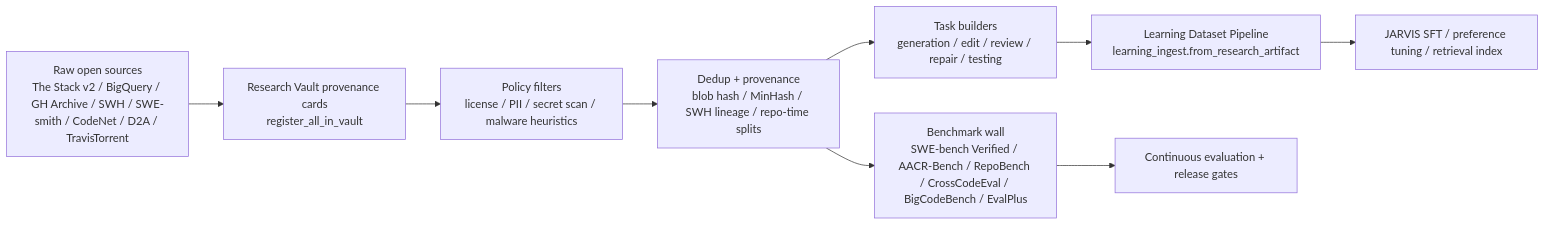
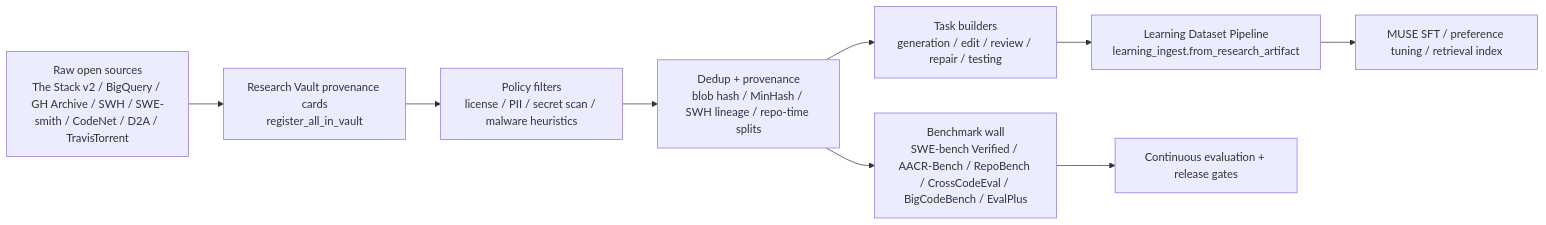
One commit to A-C-I-SOFTWARE-AND-DEVELOPMENT/M.U.S.E changed the first of 2 diagrams in docs/ai-intelligence/top-open-data-sources-for-training.md. Above: the diagram before and after it, drawn with Mermaid. The commit also changed other lines of this file and 271 other files, not shown here.

````diff
--- a/docs/ai-intelligence/top-open-data-sources-for-training.md
+++ b/docs/ai-intelligence/top-open-data-sources-for-training.md
@@ -106,11 +106,11 @@
 ```mermaid
 flowchart LR
     A[Raw open sources<br/>The Stack v2 / BigQuery / GH Archive / SWH / SWE-smith / CodeNet / D2A / TravisTorrent] --> B[Research Vault provenance cards<br/>register_all_in_vault]
     B --> C[Policy filters<br/>license / PII / secret scan / malware heuristics]
     C --> D[Dedup + provenance<br/>blob hash / MinHash / SWH lineage / repo-time splits]
     D --> E[Task builders<br/>generation / edit / review / repair / testing]
     E --> F[Learning Dataset Pipeline<br/>learning_ingest.from_research_artifact]
     D --> G[Benchmark wall<br/>SWE-bench Verified / AACR-Bench / RepoBench / CrossCodeEval / BigCodeBench / EvalPlus]
-    F --> H[JARVIS SFT / preference tuning / retrieval index]
+    F --> H[MUSE SFT / preference tuning / retrieval index]
     G --> I[Continuous evaluation + release gates]
 ```
````
